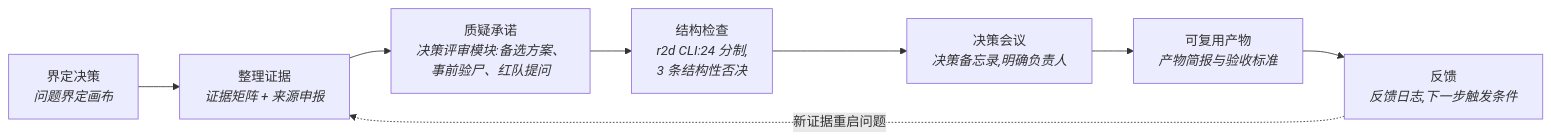
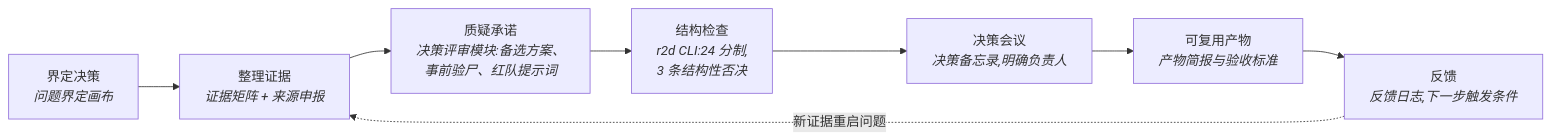
Before and after one commit to Anonymousyz/research-to-decision-toolkit: the first of 2 diagrams in README.zh-CN.md, drawn with Mermaid. The commit also changed other lines of this file and 2 other files, not shown here.

````diff
--- a/README.zh-CN.md
+++ b/README.zh-CN.md
@@ -25,10 +36,10 @@
 ```mermaid
 flowchart LR
     A["界定决策<br/><i>问题界定画布</i>"] --> B["整理证据<br/><i>证据矩阵 + 来源申报</i>"]
-    B --> C["质疑承诺<br/><i>决策评审模块:备选方案、<br/>事前验尸、红队提问</i>"]
+    B --> C["质疑承诺<br/><i>决策评审模块:备选方案、<br/>事前验尸、红队提示词</i>"]
     C --> D["结构检查<br/><i>r2d CLI:24 分制,<br/>3 条结构性否决</i>"]
     D --> E["决策会议<br/><i>决策备忘录,明确负责人</i>"]
     E --> F["可复用产物<br/><i>产物简报与验收标准</i>"]
     F --> G["反馈<br/><i>反馈日志,下一步触发条件</i>"]
     G -. "新证据重启问题" .-> B
 ```
````
